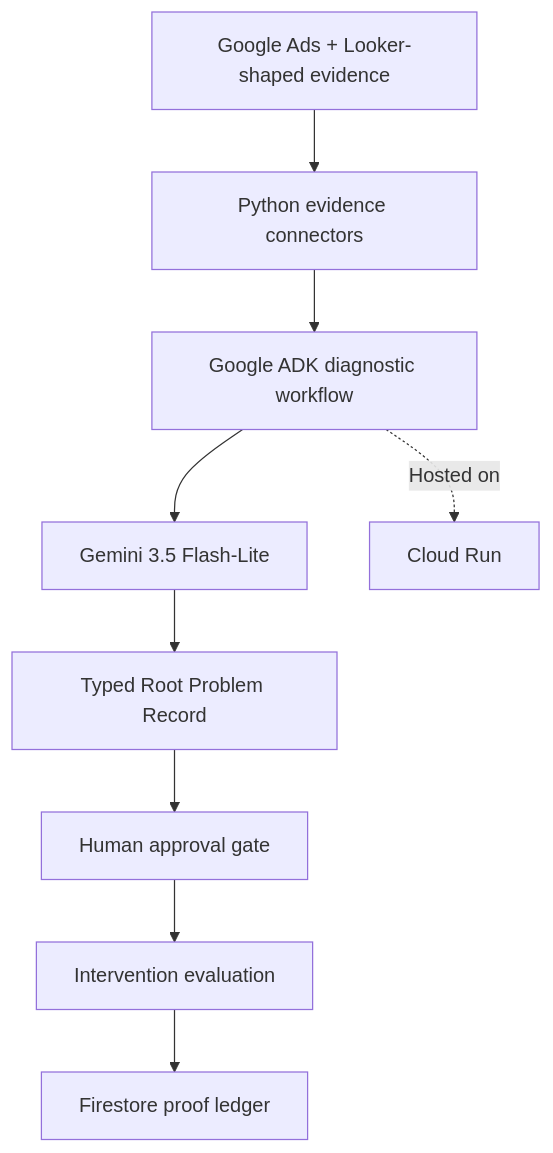
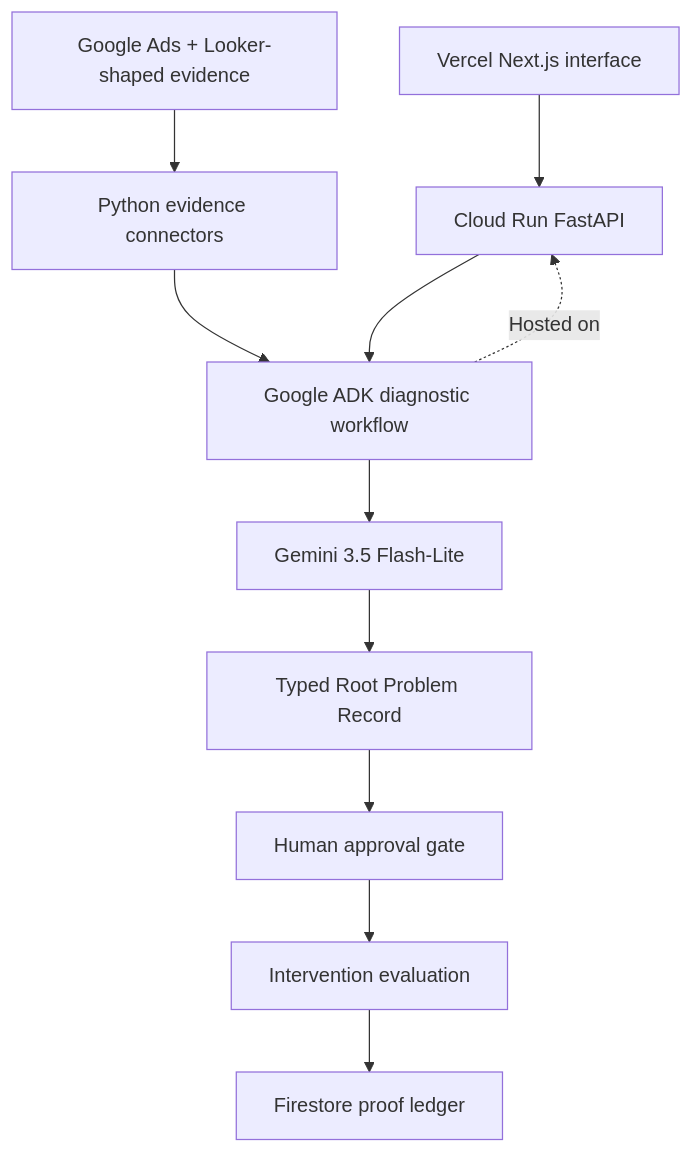
Before and after one commit to vivienk/proofloop: the first of 2 diagrams in ARCHITECTURE.md, drawn with Mermaid. The commit also changed other lines of this file and 24 other files, not shown here.

Commit message:
Add Vercel Next.js frontend

````diff
--- a/ARCHITECTURE.md
+++ b/ARCHITECTURE.md
@@ -3,11 +3,13 @@
 ```mermaid
 flowchart TD
-    A["Google Ads + Looker-shaped evidence"] --> B["Python evidence connectors"]
-    B --> C["Google ADK diagnostic workflow"]
-    C --> D["Gemini 3.5 Flash-Lite"]
-    D --> E["Typed Root Problem Record"]
-    E --> F["Human approval gate"]
-    F --> G["Intervention evaluation"]
-    G --> H["Firestore proof ledger"]
-    C -. "Hosted on" .-> I["Cloud Run"]
+    A["Vercel Next.js interface"] --> B["Cloud Run FastAPI"]
+    C["Google Ads + Looker-shaped evidence"] --> D["Python evidence connectors"]
+    D --> E["Google ADK diagnostic workflow"]
+    B --> E
+    E --> F["Gemini 3.5 Flash-Lite"]
+    F --> G["Typed Root Problem Record"]
+    G --> H["Human approval gate"]
+    H --> I["Intervention evaluation"]
+    I --> J["Firestore proof ledger"]
+    E -. "Hosted on" .-> B
 ```
````
